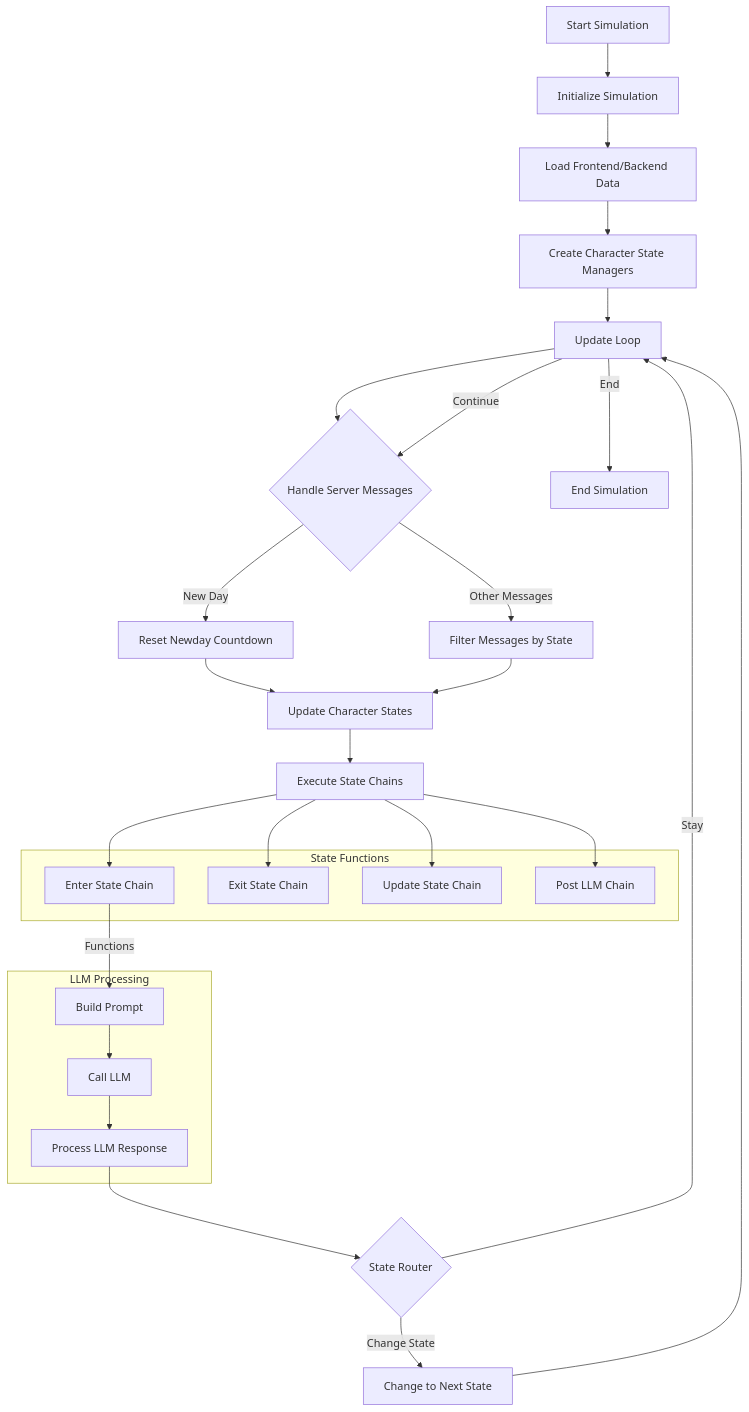
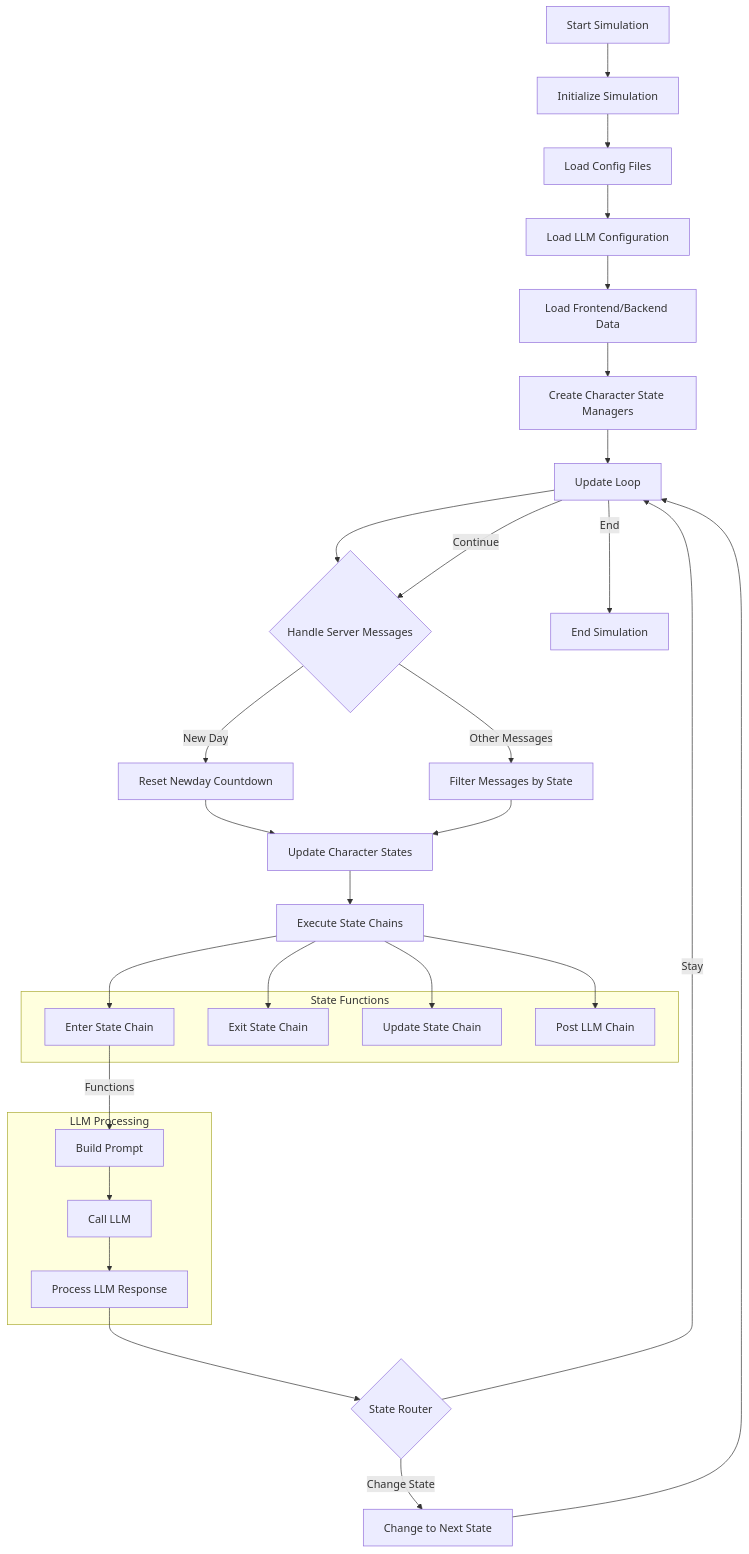
Before and after one commit to KingJiongEN/DegentCivil: the first of 4 diagrams in docs/docs/core-concepts/overview.md, drawn with Mermaid. The commit also changed 23 other files, not shown here.

````diff
--- a/docs/docs/core-concepts/overview.md
+++ b/docs/docs/core-concepts/overview.md
@@ -7,49 +7,51 @@
 ```mermaid
 flowchart TD
     Start[Start Simulation] --> Init[Initialize Simulation]
-    Init --> LoadData[Load Frontend/Backend Data]
+    Init --> LoadConfig[Load Config Files]
+    LoadConfig --> LoadLLM[Load LLM Configuration]
+    LoadLLM --> LoadData[Load Frontend/Backend Data]
+    
     LoadData --> CreateManagers[Create Character State Managers]
-    
     CreateManagers --> UpdateLoop[Update Loop]
     
     UpdateLoop --> HandleMsg{Handle Server Messages}
     HandleMsg -->|New Day| ResetCountdown[Reset Newday Countdown]
     HandleMsg -->|Other Messages| FilterMsg[Filter Messages by State]
     
     ResetCountdown --> UpdateStates
     FilterMsg --> UpdateStates[Update Character States]
     
     UpdateStates --> StateChains[Execute State Chains]
     
     StateChains --> EnterChain[Enter State Chain]
     StateChains --> ExitChain[Exit State Chain]
     StateChains --> UpdateChain[Update State Chain]
     StateChains --> PostLLMChain[Post LLM Chain]
     
     EnterChain --> |Functions|BuildPrompt[Build Prompt]
     BuildPrompt --> CallLLM[Call LLM]
     
     CallLLM --> ProcessResponse[Process LLM Response]
     ProcessResponse --> StateRouter{State Router}
     
     StateRouter -->|Change State| NextState[Change to Next State]
     StateRouter -->|Stay| UpdateLoop
     
     NextState --> UpdateLoop
     
     UpdateLoop --> |Continue|HandleMsg
     UpdateLoop --> |End|End[End Simulation]
 
     subgraph "State Functions"
         EnterChain
         ExitChain
         UpdateChain
         PostLLMChain
     end
 
     subgraph "LLM Processing"
         BuildPrompt
         CallLLM
         ProcessResponse
     end
 ```
````
